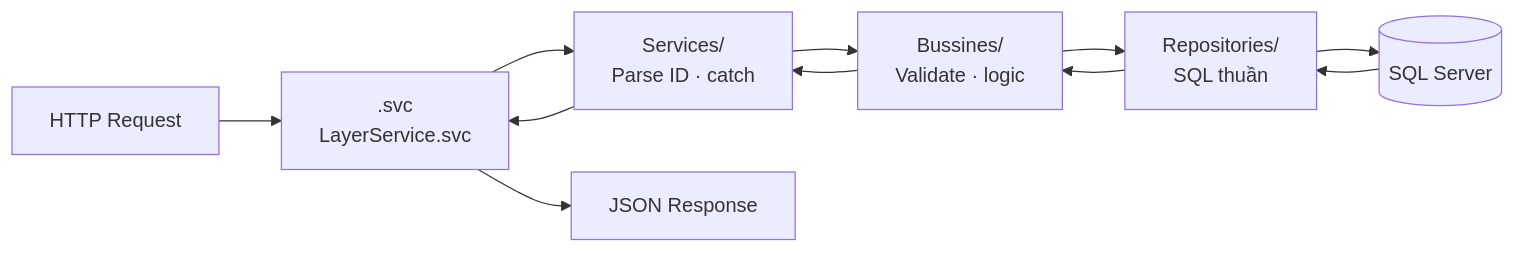
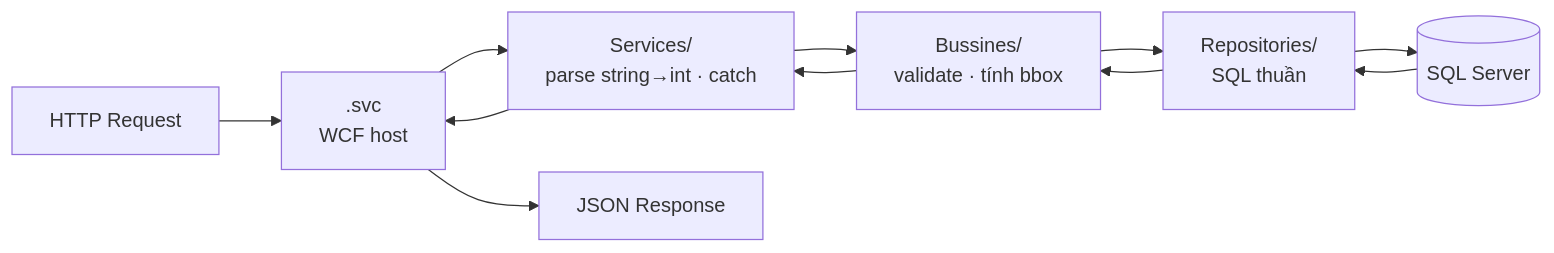
One commit to giangvanhung/gServer_0.0.1 changed the diagram in gServer_Introduction/docs/backend.md. Above: the diagram before and after it, drawn with Mermaid. The commit also changed other lines of this file and 14 other files, not shown here.

````diff
--- a/gServer_Introduction/docs/backend.md
+++ b/gServer_Introduction/docs/backend.md
@@ -17,9 +19,9 @@
 ```mermaid
 graph LR
-    A[HTTP Request] --> B[.svc\nLayerService.svc]
-    B --> C[Services/\nParse ID · catch]
-    C --> D[Bussines/\nValidate · logic]
-    D --> E[Repositories/\nSQL thuần]
-    E --> F[(SQL Server)]
-    F --> E --> D --> C --> B --> G[JSON Response]
+    A["HTTP Request"] --> B[".svc\nWCF host"]
+    B --> C["Services/\nparse string→int · catch"]
+    C --> D["Bussines/\nvalidate · tính bbox"]
+    D --> E["Repositories/\nSQL thuần"]
+    E --> F[("SQL Server")]
+    F --> E --> D --> C --> B --> G["JSON Response"]
 ```
````
